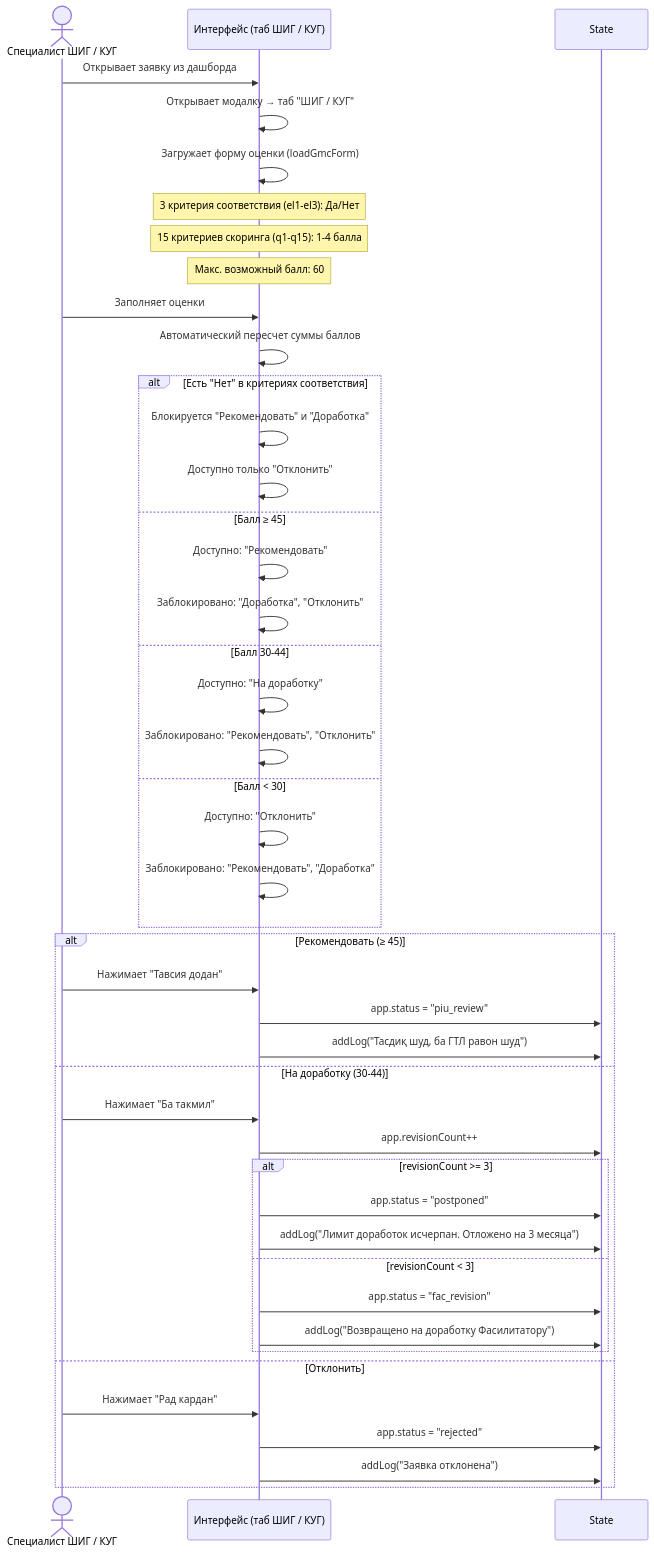
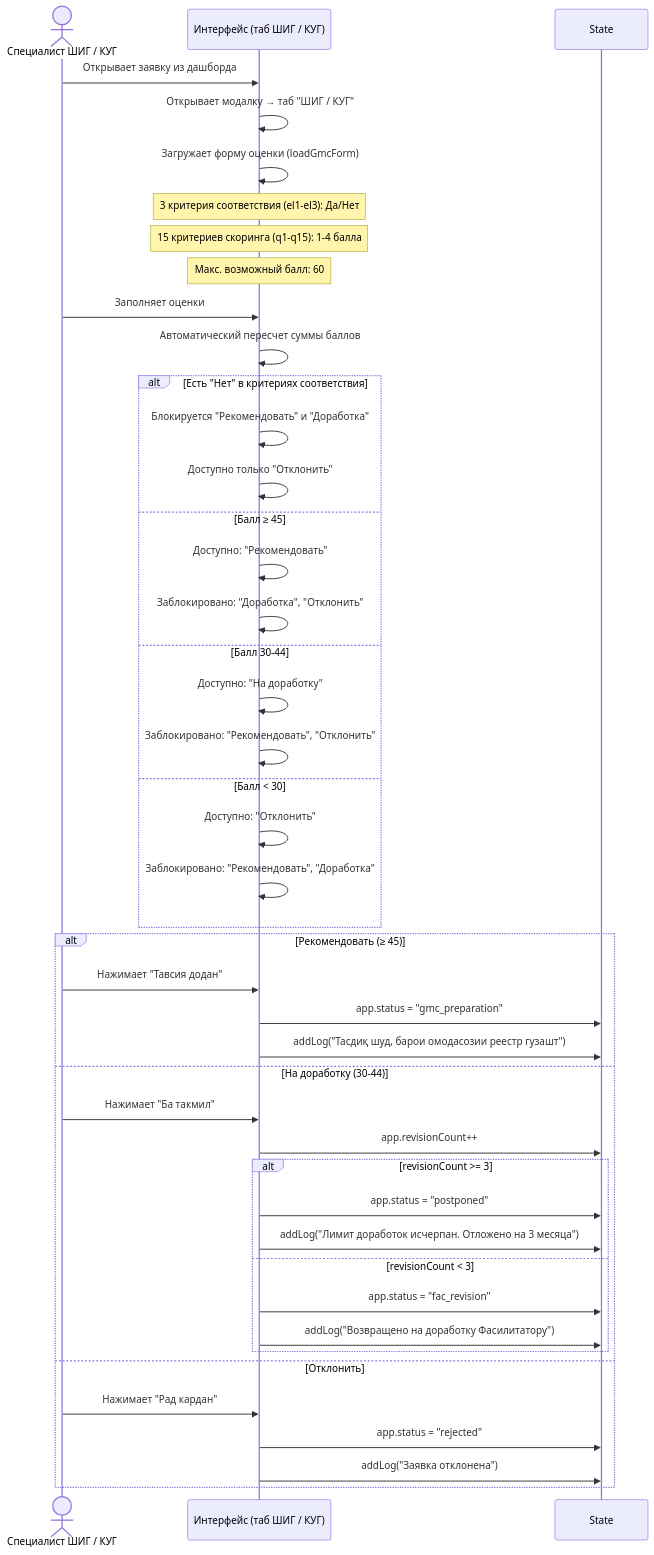
Before and after one commit to firka-kh/eip-test: the third of 15 diagrams in docs/BUSINESS-PROCESSES.md, drawn with Mermaid. The commit also changed other lines of this file and 51 other files, not shown here.

````diff
--- a/docs/BUSINESS-PROCESSES.md
+++ b/docs/BUSINESS-PROCESSES.md
@@ -138,51 +135,51 @@
 ```mermaid
 sequenceDiagram
     actor Г as Специалист ШИГ / КУГ
     participant UI as Интерфейс (таб ШИГ / КУГ)
     participant ST as State
 
     Г->>UI: Открывает заявку из дашборда
     UI->>UI: Открывает модалку → таб "ШИГ / КУГ"
     UI->>UI: Загружает форму оценки (loadGmcForm)
     
     Note over UI: 3 критерия соответствия (el1-el3): Да/Нет
     Note over UI: 15 критериев скоринга (q1-q15): 1-4 балла
     Note over UI: Макс. возможный балл: 60
     
     Г->>UI: Заполняет оценки
     UI->>UI: Автоматический пересчет суммы баллов
     
     alt Есть "Нет" в критериях соответствия
         UI->>UI: Блокируется "Рекомендовать" и "Доработка"
         UI->>UI: Доступно только "Отклонить"
     else Балл ≥ 45
         UI->>UI: Доступно: "Рекомендовать"
         UI->>UI: Заблокировано: "Доработка", "Отклонить"
     else Балл 30-44
         UI->>UI: Доступно: "На доработку"
         UI->>UI: Заблокировано: "Рекомендовать", "Отклонить"
     else Балл < 30
         UI->>UI: Доступно: "Отклонить"
         UI->>UI: Заблокировано: "Рекомендовать", "Доработка"
     end
     
     alt Рекомендовать (≥ 45)
         Г->>UI: Нажимает "Тавсия додан"
-        UI->>ST: app.status = "piu_review"
-        UI->>ST: addLog("Тасдиқ шуд, ба ГТЛ равон шуд")
+        UI->>ST: app.status = "gmc_preparation"
+        UI->>ST: addLog("Тасдиқ шуд, барои омодасозии реестр гузашт")
     else На доработку (30-44)
         Г->>UI: Нажимает "Ба такмил"
         UI->>ST: app.revisionCount++
         alt revisionCount >= 3
             UI->>ST: app.status = "postponed"
             UI->>ST: addLog("Лимит доработок исчерпан. Отложено на 3 месяца")
         else revisionCount < 3
             UI->>ST: app.status = "fac_revision"
             UI->>ST: addLog("Возвращено на доработку Фасилитатору")
         end
     else Отклонить
         Г->>UI: Нажимает "Рад кардан"
         UI->>ST: app.status = "rejected"
         UI->>ST: addLog("Заявка отклонена")
     end
 ```
````
